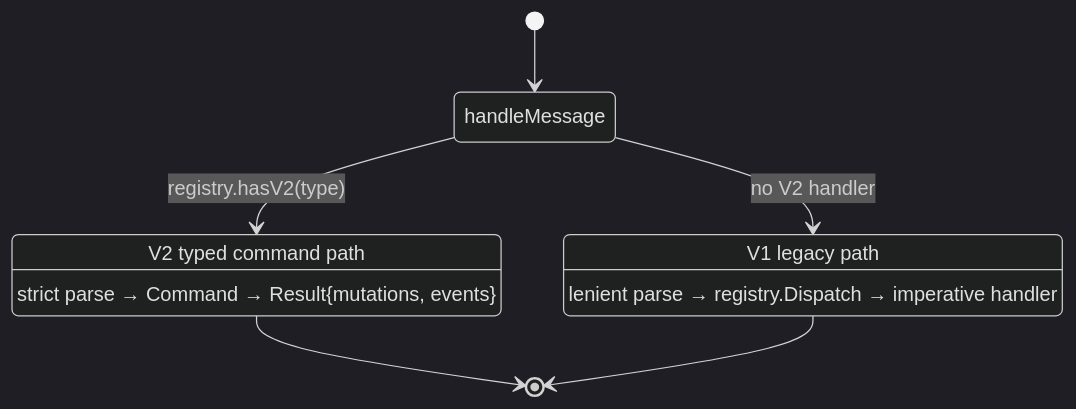
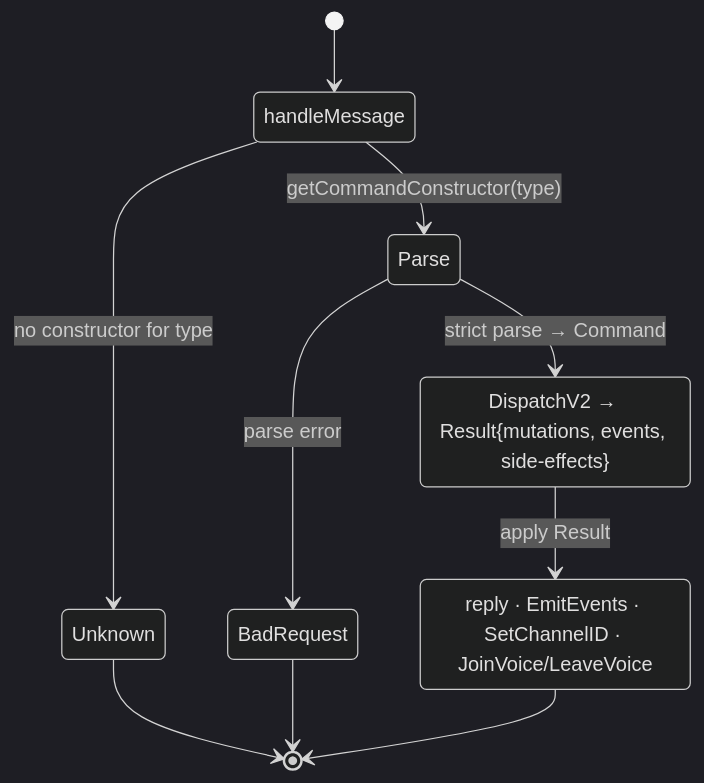
Before and after one commit to J3vb/OwnCord: the third of 3 diagrams in docs/architecture/websocket.md, drawn with Mermaid (dark theme). The commit also changed other lines of this file and 5 other files, not shown here.

First line of the commit message:
docs: close audit items 3 and 11 (channel-visibility + V2 dispatch)

````diff
--- a/docs/architecture/websocket.md
+++ b/docs/architecture/websocket.md
@@ -84,12 +84,14 @@
 ```mermaid
 stateDiagram-v2
     [*] --> handleMessage
-    handleMessage --> V2: registry.hasV2(type)
-    handleMessage --> V1: no V2 handler
-    V2: V2 typed command path
-    V2: strict parse → Command → Result{mutations, events}
-    V1: V1 legacy path
-    V1: lenient parse → registry.Dispatch → imperative handler
-    V2 --> [*]
-    V1 --> [*]
+    handleMessage --> Unknown: no constructor for type
+    handleMessage --> Parse: getCommandConstructor(type)
+    Parse --> BadRequest: parse error
+    Parse --> Dispatch: strict parse → Command
+    Dispatch: DispatchV2 → Result{mutations, events, side-effects}
+    Dispatch --> Apply: apply Result
+    Apply: reply · EmitEvents · SetChannelID · JoinVoice/LeaveVoice
+    Apply --> [*]
+    Unknown --> [*]
+    BadRequest --> [*]
 ```
````
